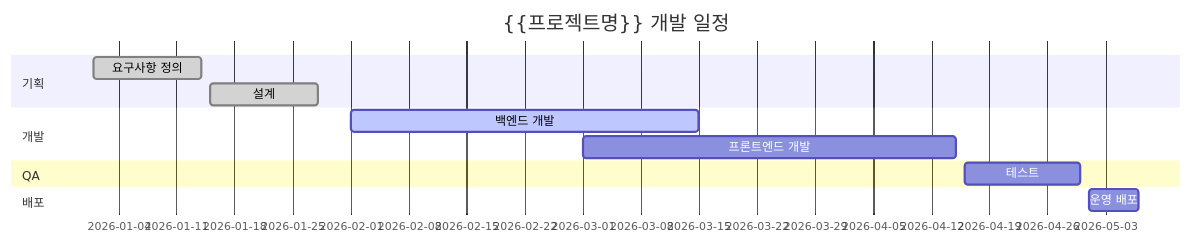
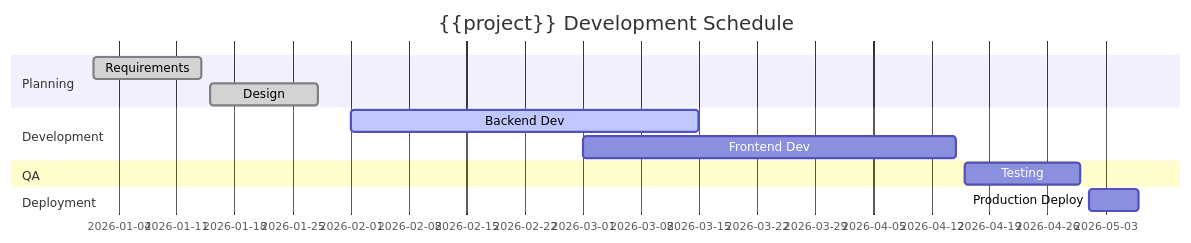
One commit to GS-AX/docflow-obsidian changed the diagram in template/wbs-template.md. Above: the diagram before and after it, drawn with Mermaid. The commit also changed other lines of this file and 11 other files, not shown here.

````diff
--- a/template/wbs-template.md
+++ b/template/wbs-template.md
@@ -14,15 +14,15 @@
 ```mermaid
 gantt
-  title {{프로젝트명}} 개발 일정
+  title {{project}} Development Schedule
   dateFormat YYYY-MM-DD
-  section 기획
-    요구사항 정의     :done,    req,  2026-01-01, 2026-01-14
-    설계              :done,    des,  2026-01-15, 2026-01-28
-  section 개발
-    백엔드 개발       :active,  be,   2026-02-01, 2026-03-15
-    프론트엔드 개발   :         fe,   2026-03-01, 2026-04-15
+  section Planning
+    Requirements     :done,    req,  2026-01-01, 2026-01-14
+    Design           :done,    des,  2026-01-15, 2026-01-28
+  section Development
+    Backend Dev      :active,  be,   2026-02-01, 2026-03-15
+    Frontend Dev     :         fe,   2026-03-01, 2026-04-15
   section QA
-    테스트            :         qa,   2026-04-16, 2026-04-30
-  section 배포
-    운영 배포         :         dep,  2026-05-01, 2026-05-07
+    Testing          :         qa,   2026-04-16, 2026-04-30
+  section Deployment
+    Production Deploy:         dep,  2026-05-01, 2026-05-07
 ```
````
